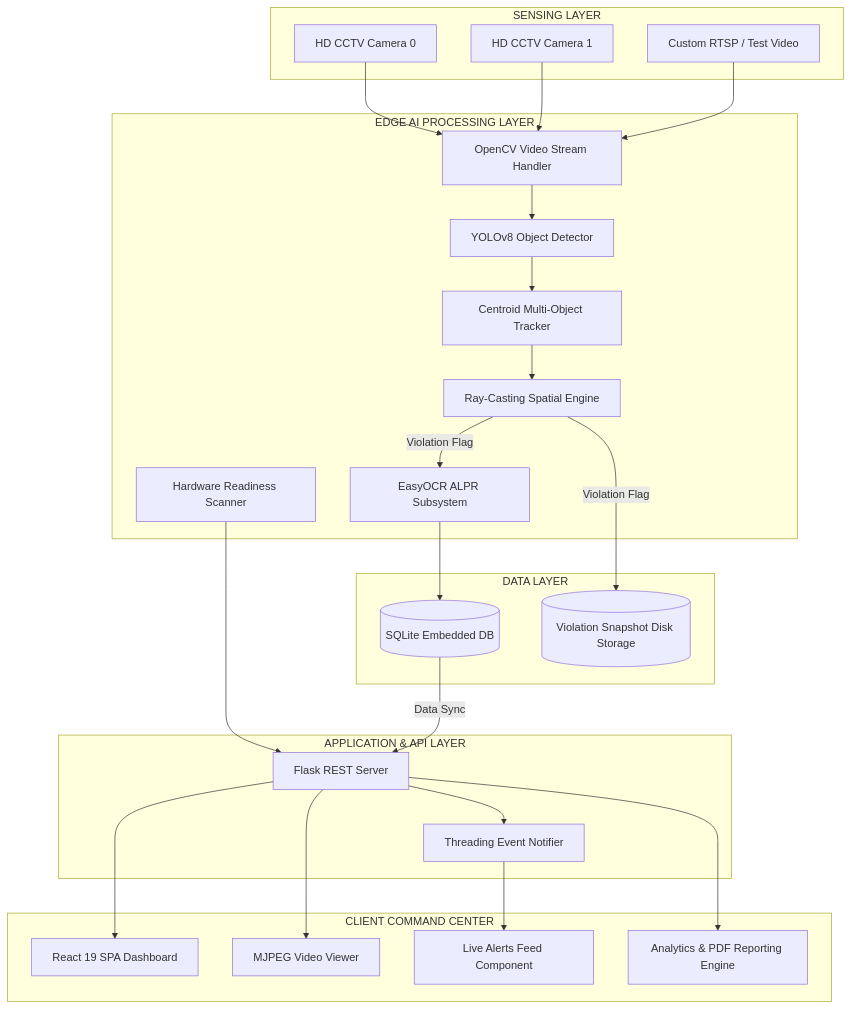
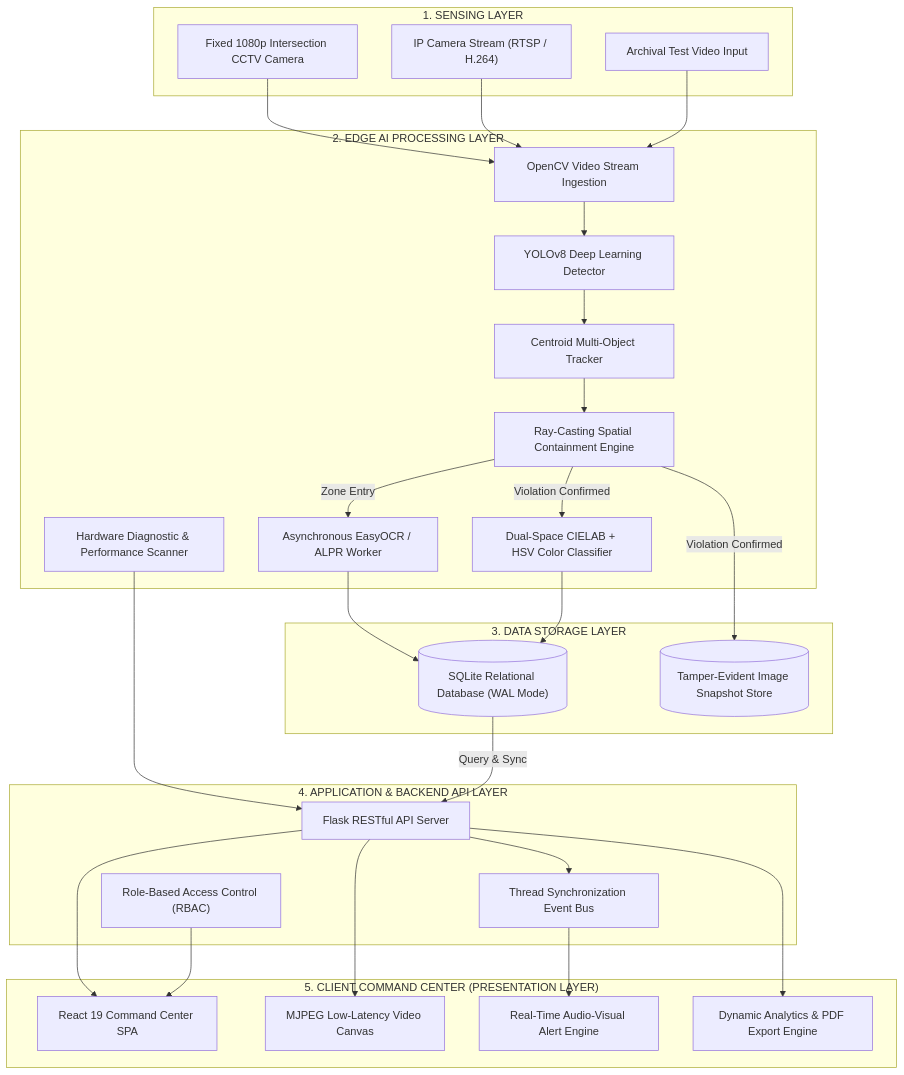
Before and after one commit to Chun-taro/AI-Powered-Yellow-Box-Zone-Violation-Monitoring-System: the fifth of 6 diagrams in docs/Revised_Research_Paper.md, drawn with Mermaid. The commit also changed other lines of this file and 14 other files, not shown here.

````diff
--- a/docs/Revised_Research_Paper.md
+++ b/docs/Revised_Research_Paper.md
@@ -525,51 +570,56 @@
 ```mermaid
 flowchart TD
-    subgraph SensingLayer ["SENSING LAYER"]
-        C1["HD CCTV Camera 0"]
-        C2["HD CCTV Camera 1"]
-        C3["Custom RTSP / Test Video"]
+    subgraph SensingLayer ["1. SENSING LAYER"]
+        C1["Fixed 1080p Intersection CCTV Camera"]
+        C2["IP Camera Stream (RTSP / H.264)"]
+        C3["Archival Test Video Input"]
     end
 
-    subgraph EdgeAI ["EDGE AI PROCESSING LAYER"]
-        VIn["OpenCV Video Stream Handler"]
-        YOLO["YOLOv8 Object Detector"]
+    subgraph EdgeAI ["2. EDGE AI PROCESSING LAYER"]
+        VIn["OpenCV Video Stream Ingestion"]
+        YOLO["YOLOv8 Deep Learning Detector"]
         Tracker["Centroid Multi-Object Tracker"]
-        PIP["Ray-Casting Spatial Engine"]
-        OCR["EasyOCR ALPR Subsystem"]
-        HScan["Hardware Readiness Scanner"]
+        PIP["Ray-Casting Spatial Containment Engine"]
+        LPR["Asynchronous EasyOCR / ALPR Worker"]
+        Color["Dual-Space CIELAB + HSV Color Classifier"]
+        HScan["Hardware Diagnostic & Performance Scanner"]
     end
 
-    subgraph DataLayer ["DATA LAYER"]
-        DB[("SQLite Embedded DB")]
-        MediaStore[("Violation Snapshot Disk Storage")]
+    subgraph DataLayer ["3. DATA STORAGE LAYER"]
+        DB[("SQLite Relational Database (WAL Mode)")]
+        MediaStore[("Tamper-Evident Image Snapshot Store")]
     end
 
-    subgraph AppLayer ["APPLICATION & API LAYER"]
-        Flask["Flask REST Server"]
-        EventBus["Threading Event Notifier"]
+    subgraph AppLayer ["4. APPLICATION & BACKEND API LAYER"]
+        Flask["Flask RESTful API Server"]
+        EventBus["Thread Synchronization Event Bus"]
+        Auth["Role-Based Access Control (RBAC)"]
     end
 
-    subgraph ClientCenter ["CLIENT COMMAND CENTER"]
-        ReactUI["React 19 SPA Dashboard"]
-        LiveStream["MJPEG Video Viewer"]
-        LiveAlerts["Live Alerts Feed Component"]
-        Reports["Analytics & PDF Reporting Engine"]
+    subgraph ClientCenter ["5. CLIENT COMMAND CENTER (PRESENTATION LAYER)"]
+        ReactUI["React 19 Command Center SPA"]
+        LiveStream["MJPEG Low-Latency Video Canvas"]
+        LiveAlerts["Real-Time Audio-Visual Alert Engine"]
+        Reports["Dynamic Analytics & PDF Export Engine"]
     end
 
     C1 --> VIn
     C2 --> VIn
     C3 --> VIn
     VIn --> YOLO
     YOLO --> Tracker
     Tracker --> PIP
-    PIP -->|"Violation Flag"| OCR
-    PIP -->|"Violation Flag"| MediaStore
-    OCR --> DB
+    PIP -->|"Zone Entry"| LPR
+    PIP -->|"Violation Confirmed"| MediaStore
+    PIP -->|"Violation Confirmed"| Color
+    LPR --> DB
+    Color --> DB
     HScan --> Flask
-    DB -->|"Data Sync"| Flask
+    DB -->|"Query & Sync"| Flask
     Flask --> EventBus
     EventBus --> LiveAlerts
     Flask --> LiveStream
     Flask --> ReactUI
     Flask --> Reports
+    Auth --> ReactUI
 ```
````
